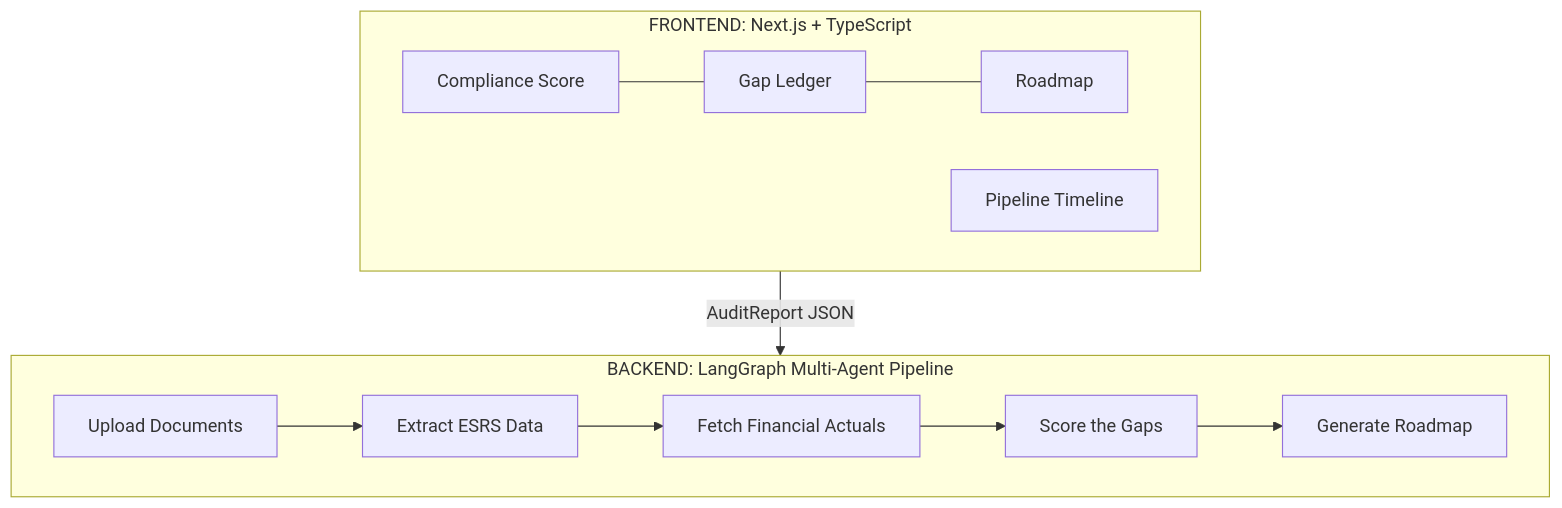
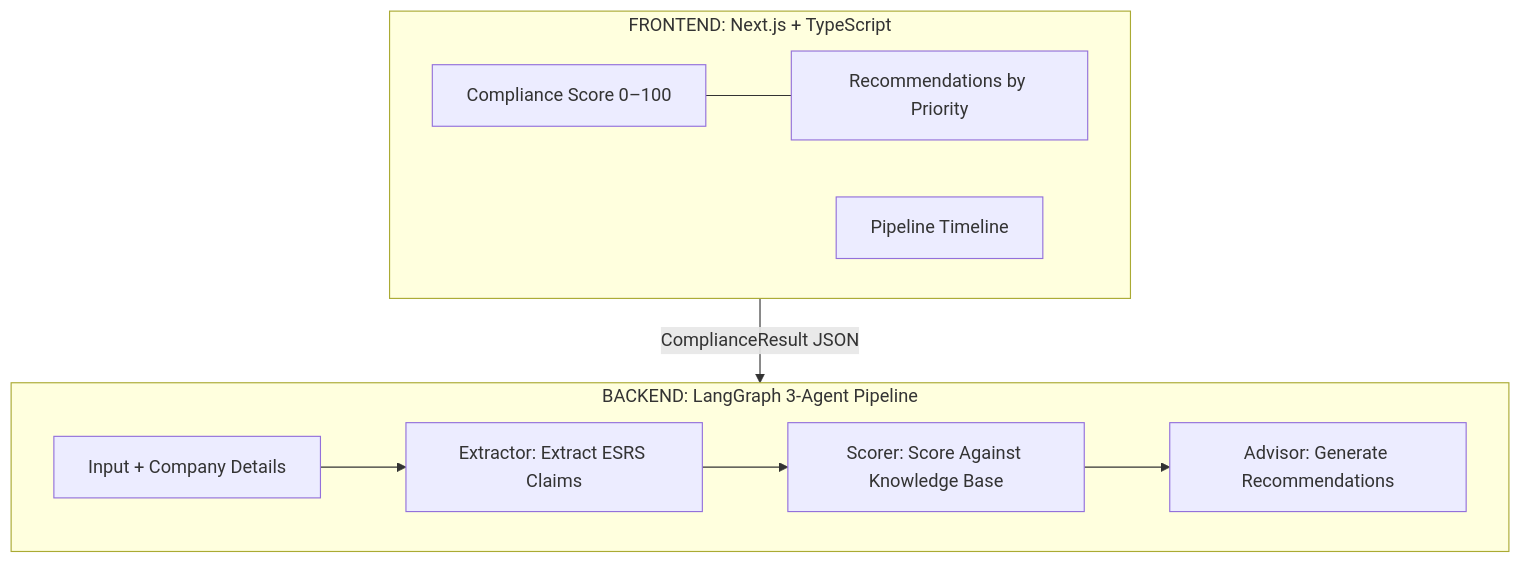
Before and after one commit to allahham978/ultimateclaudelovers: the diagram in README.md, drawn with Mermaid. The commit also changed other lines of this file and 10 other files, not shown here.

First line of the commit message:
Update README to reflect v5.0 unified architecture

````diff
--- a/README.md
+++ b/README.md
@@ -19,16 +18,15 @@
 ```mermaid
 graph TD
     subgraph FRONTEND [FRONTEND: Next.js + TypeScript]
-        A[Compliance Score] --- B[Gap Ledger] --- C[Roadmap]
-        D[Pipeline Timeline]
+        A[Compliance Score 0–100] --- B[Recommendations by Priority]
+        C[Pipeline Timeline]
     end
 
-    FRONTEND -- AuditReport JSON --> BACKEND
+    FRONTEND -- ComplianceResult JSON --> BACKEND
 
-    subgraph BACKEND [BACKEND: LangGraph Multi-Agent Pipeline]
-        E[Upload Documents] --> F[Extract ESRS Data]
-        F --> G[Fetch Financial Actuals]
-        G --> H[Score the Gaps]
-        H --> I[Generate Roadmap]
+    subgraph BACKEND [BACKEND: LangGraph 3-Agent Pipeline]
+        D[Input + Company Details] --> E[Extractor: Extract ESRS Claims]
+        E --> F[Scorer: Score Against Knowledge Base]
+        F --> G[Advisor: Generate Recommendations]
     end
 ```
````
